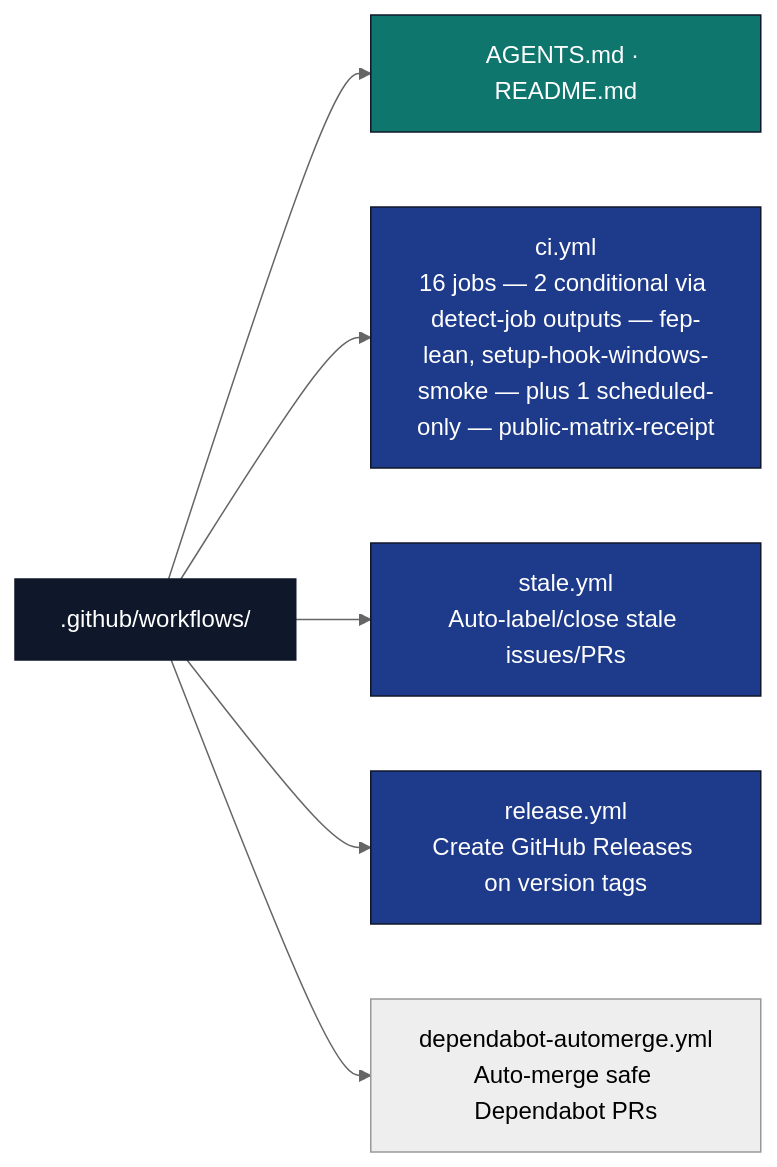
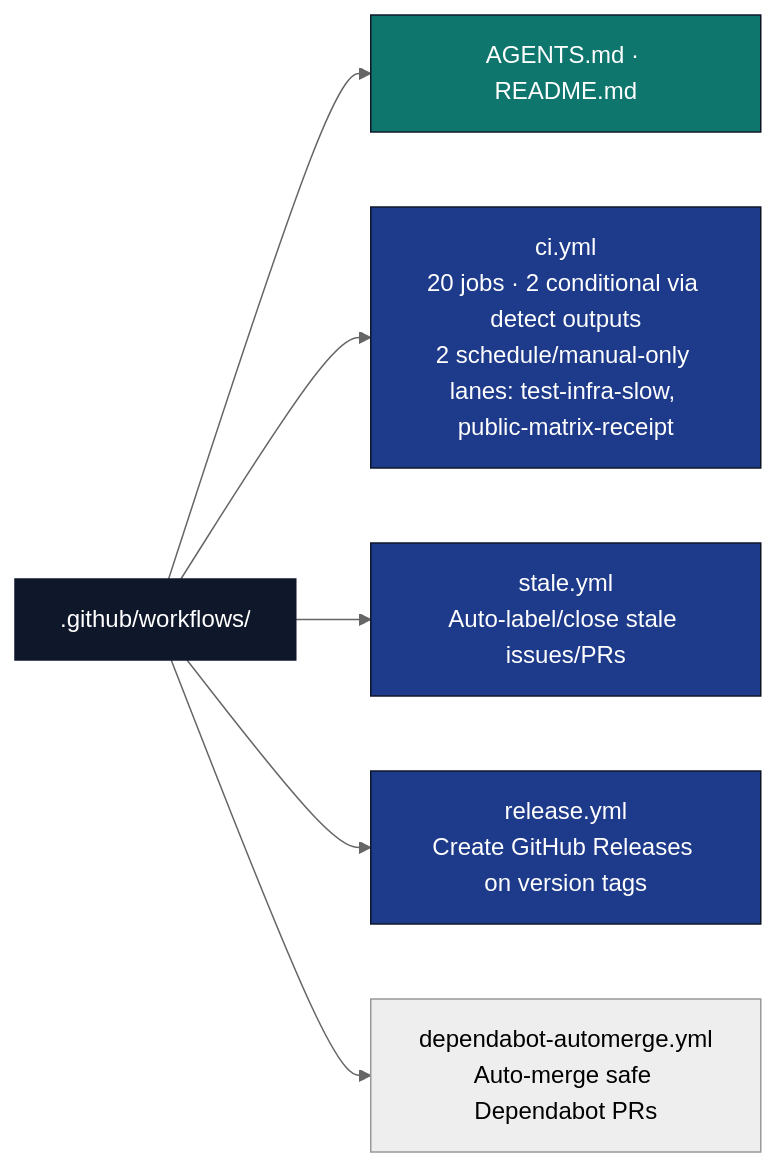
Before and after one commit to docxology/template: the first of 2 diagrams in .github/workflows/AGENTS.md, drawn with Mermaid (neutral theme). The commit also changed other lines of this file and 1600 other files, not shown here.

````diff
--- a/.github/workflows/AGENTS.md
+++ b/.github/workflows/AGENTS.md
@@ -9,16 +9,16 @@
 ```mermaid
 flowchart LR
     W[.github/workflows/]
     W --> META[AGENTS.md · README.md]
-    W --> CI[ci.yml<br/>16 jobs — 2 conditional via detect-job outputs — fep-lean, setup-hook-windows-smoke — plus 1 scheduled-only — public-matrix-receipt]
+    W --> CI[ci.yml<br/>20 jobs · 2 conditional via detect outputs<br/>2 schedule/manual-only lanes: test-infra-slow, public-matrix-receipt]
     W --> STALE[stale.yml<br/>Auto-label/close stale issues/PRs]
     W --> REL[release.yml<br/>Create GitHub Releases on version tags]
     W --> DA[dependabot-automerge.yml<br/>Auto-merge safe Dependabot PRs]
 
     classDef d fill:#0f172a,stroke:#0f172a,color:#fff
     classDef code fill:#1e3a8a,stroke:#0f172a,color:#fff
     classDef doc fill:#0f766e,stroke:#0f172a,color:#fff
     class W d
     class CI,STALE,REL code
     class META doc
 ```
````
